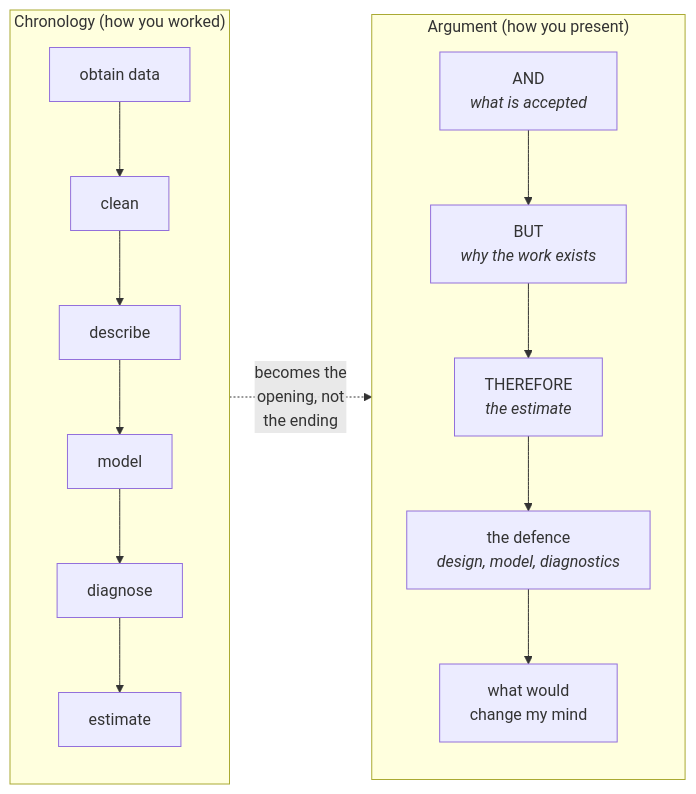
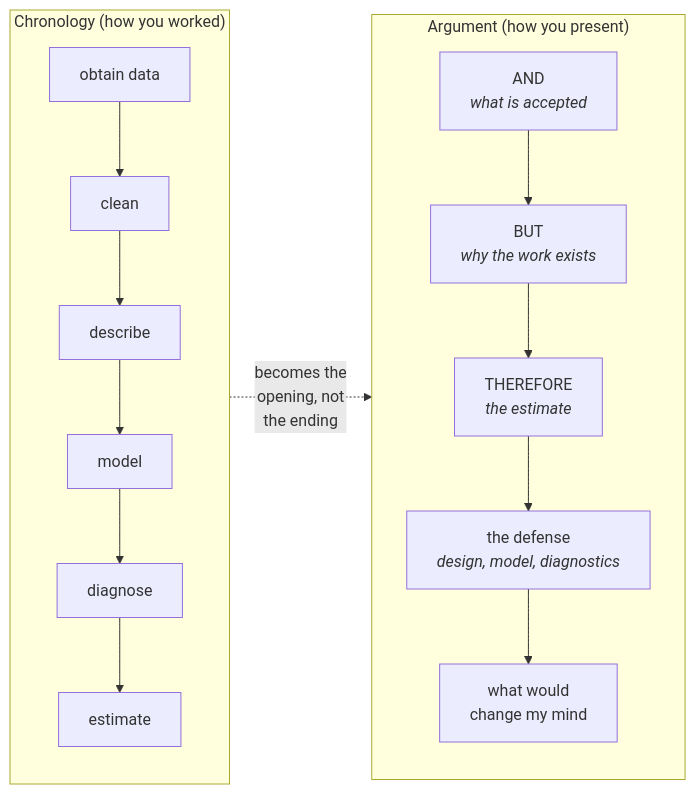
One commit to rgt47/practicum changed the diagram in 25b-communicating.qmd. Above: the diagram before and after it, drawn with Mermaid. The commit also changed other lines of this file and 70 other files, not shown here.

````diff
--- a/25b-communicating.qmd
+++ b/25b-communicating.qmd
@@ -155,25 +155,25 @@
 ```{mermaid}
 %%| label: fig-arc
 %%| fig-cap: "The chronology of an analysis, on the left, is the order in
 %%|   which the work was done and the order the methods section follows.
 %%|   The argument, on the right, is the order in which it should be
 %%|   presented. The estimate moves from last to first, and the
-%%|   chronology becomes the defence rather than the narrative."
+%%|   chronology becomes the defense rather than the narrative."
 flowchart LR
   subgraph CHRON["Chronology (how you worked)"]
     direction TB
     C1["obtain data"] --> C2["clean"]
     C2 --> C3["describe"]
     C3 --> C4["model"]
     C4 --> C5["diagnose"]
     C5 --> C6["estimate"]
   end
   subgraph ARG["Argument (how you present)"]
     direction TB
     A1["AND<br/><i>what is accepted</i>"] --> A2["BUT<br/><i>why the work exists</i>"]
     A2 --> A3["THEREFORE<br/><i>the estimate</i>"]
-    A3 --> A4["the defence<br/><i>design, model, diagnostics</i>"]
+    A3 --> A4["the defense<br/><i>design, model, diagnostics</i>"]
     A4 --> A5["what would<br/>change my mind"]
   end
   C6 -.->|"becomes the<br/>opening, not<br/>the ending"| A3
 ```
````
